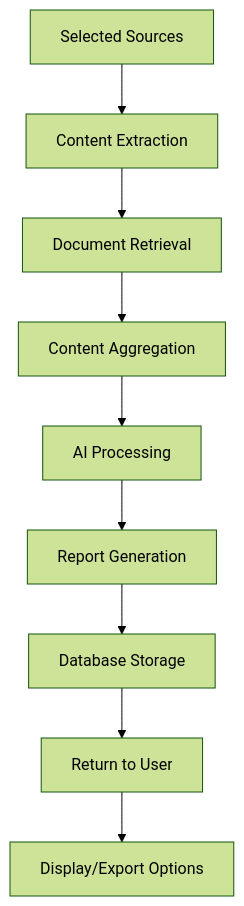
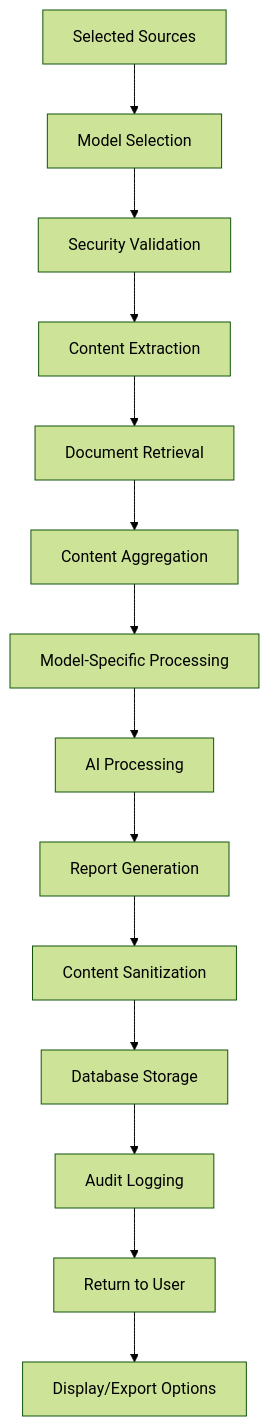
Before and after one commit to AdityaKothari27/Querra: the second of 3 diagrams in TECHNICAL.md, drawn with Mermaid (forest theme). The commit also changed other lines of this file and 16 other files, not shown here.

````diff
--- a/TECHNICAL.md
+++ b/TECHNICAL.md
@@ -71,11 +197,16 @@
 ```mermaid
 graph TD
-    A[Selected Sources] --> B[Content Extraction]
-    B --> C[Document Retrieval]
-    C --> D[Content Aggregation]
-    D --> E[AI Processing]
-    E --> F[Report Generation]
-    F --> G[Database Storage]
-    G --> H[Return to User]
-    H --> I[Display/Export Options]
+    A[Selected Sources] --> B[Model Selection]
+    B --> C[Security Validation]
+    C --> D[Content Extraction]
+    D --> E[Document Retrieval]
+    E --> F[Content Aggregation]
+    F --> G[Model-Specific Processing]
+    G --> H[AI Processing]
+    H --> I[Report Generation]
+    I --> J[Content Sanitization]
+    J --> K[Database Storage]
+    K --> L[Audit Logging]
+    L --> M[Return to User]
+    M --> N[Display/Export Options]
 ```
````
